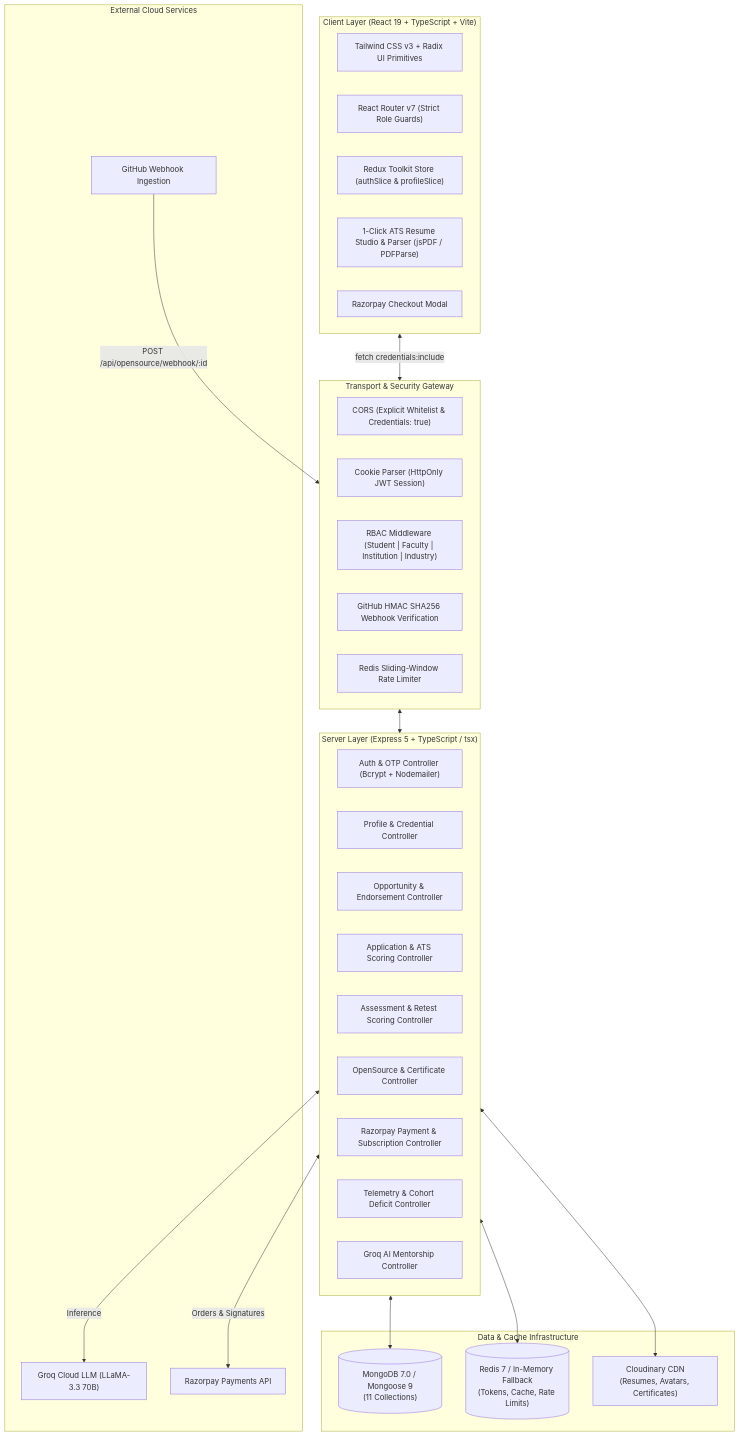
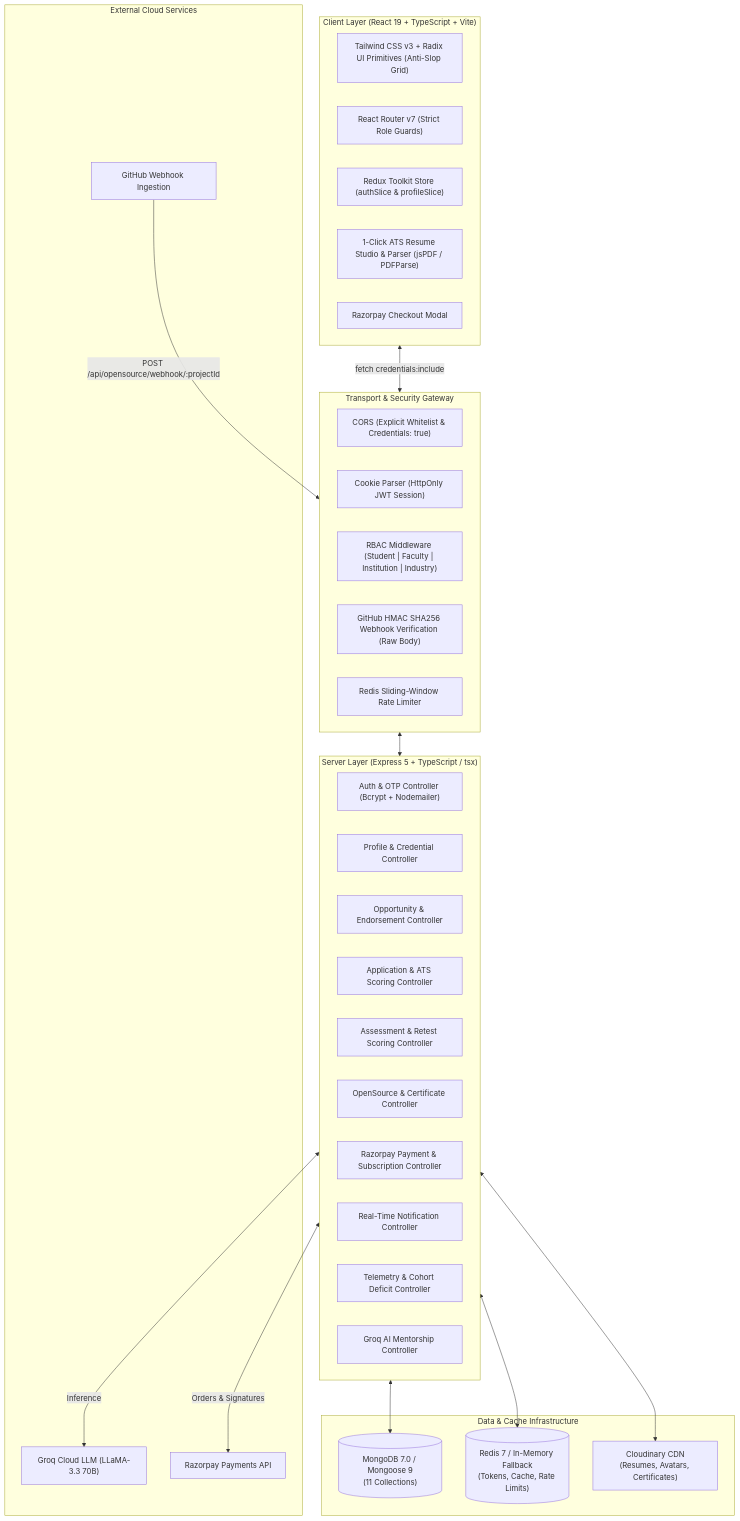
One commit to PrakharAgarwal17/PortalAcademia changed the first of 2 diagrams in docs/ARCHITECTURE.md. Above: the diagram before and after it, drawn with Mermaid. The commit also changed other lines of this file, not shown here.

Commit message:
docs: synchronize ARCHITECTURE.md with ground truth schemas, webhook pipelines, and anti-slop design architecture

````diff
--- a/docs/ARCHITECTURE.md
+++ b/docs/ARCHITECTURE.md
@@ -20,51 +20,52 @@
 ```mermaid
 flowchart TB
     subgraph Client ["Client Layer (React 19 + TypeScript + Vite)"]
-        UI["Tailwind CSS v3 + Radix UI Primitives"]
+        UI["Tailwind CSS v3 + Radix UI Primitives (Anti-Slop Grid)"]
         Router["React Router v7 (Strict Role Guards)"]
         Store["Redux Toolkit Store (authSlice & profileSlice)"]
         ResumeStudio["1-Click ATS Resume Studio & Parser (jsPDF / PDFParse)"]
         RazorpayModal["Razorpay Checkout Modal"]
     end
 
     subgraph Gateway ["Transport & Security Gateway"]
         CORS["CORS (Explicit Whitelist & Credentials: true)"]
         CookieParser["Cookie Parser (HttpOnly JWT Session)"]
         RBAC["RBAC Middleware (Student | Faculty | Institution | Industry)"]
-        WebhookAuth["GitHub HMAC SHA256 Webhook Verification"]
+        WebhookAuth["GitHub HMAC SHA256 Webhook Verification (Raw Body)"]
         RateLimiter["Redis Sliding-Window Rate Limiter"]
     end
 
     subgraph Server ["Server Layer (Express 5 + TypeScript / tsx)"]
         AuthController["Auth & OTP Controller (Bcrypt + Nodemailer)"]
         ProfileController["Profile & Credential Controller"]
         OppController["Opportunity & Endorsement Controller"]
         AppController["Application & ATS Scoring Controller"]
         AssessController["Assessment & Retest Scoring Controller"]
         OpenSourceController["OpenSource & Certificate Controller"]
         PaymentController["Razorpay Payment & Subscription Controller"]
+        NotificationController["Real-Time Notification Controller"]
         AnalyticsController["Telemetry & Cohort Deficit Controller"]
         AIController["Groq AI Mentorship Controller"]
     end
 
     subgraph Storage ["Data & Cache Infrastructure"]
         MongoDB[("MongoDB 7.0 / Mongoose 9\n(11 Collections)")]
         Redis[("Redis 7 / In-Memory Fallback\n(Tokens, Cache, Rate Limits)")]
         Cloudinary["Cloudinary CDN\n(Resumes, Avatars, Certificates)"]
     end
 
     subgraph External ["External Cloud Services"]
         GroqAPI["Groq Cloud LLM (LLaMA-3.3 70B)"]
         RazorpayAPI["Razorpay Payments API"]
         GitHubAPI["GitHub Webhook Ingestion"]
     end
 
     Client <-->|fetch credentials:include| Gateway
     Gateway <--> Server
     Server <--> MongoDB
     Server <--> Redis
     Server <--> Cloudinary
     Server <-->|Inference| GroqAPI
     Server <-->|Orders & Signatures| RazorpayAPI
-    GitHubAPI -->|POST /api/opensource/webhook/:id| Gateway
+    GitHubAPI -->|POST /api/opensource/webhook/:projectId| Gateway
 ```
````
